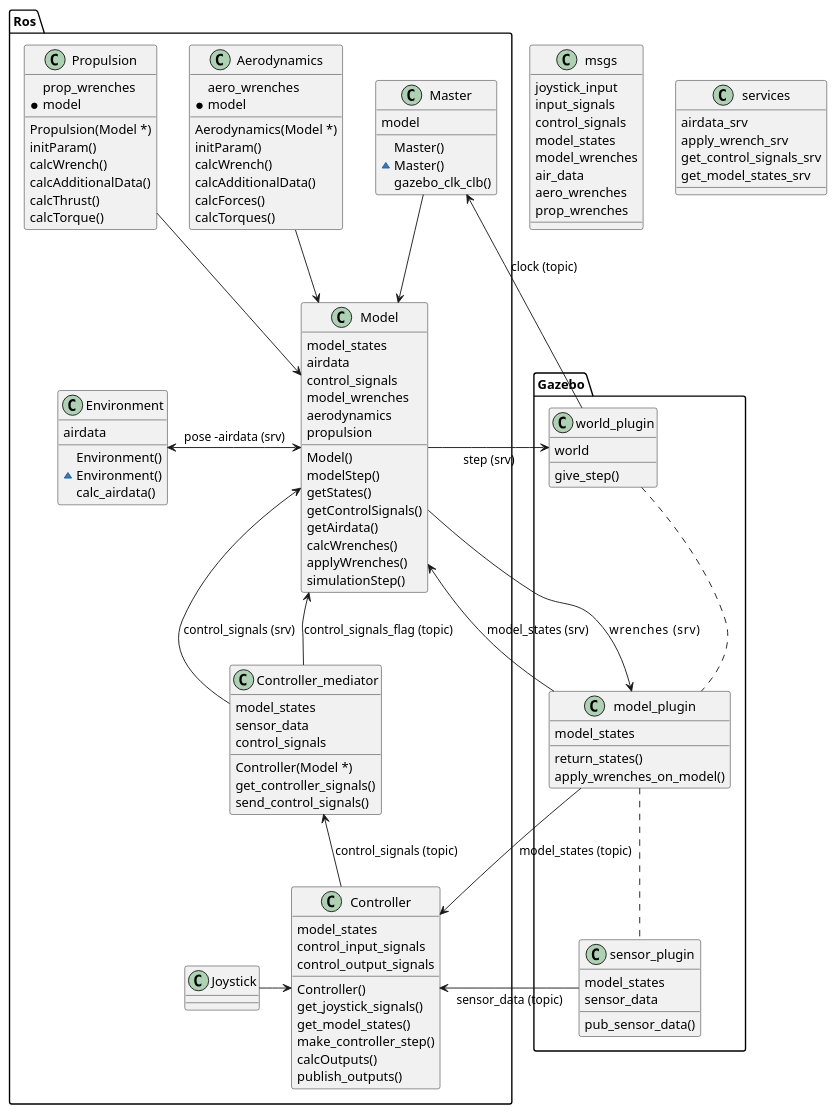
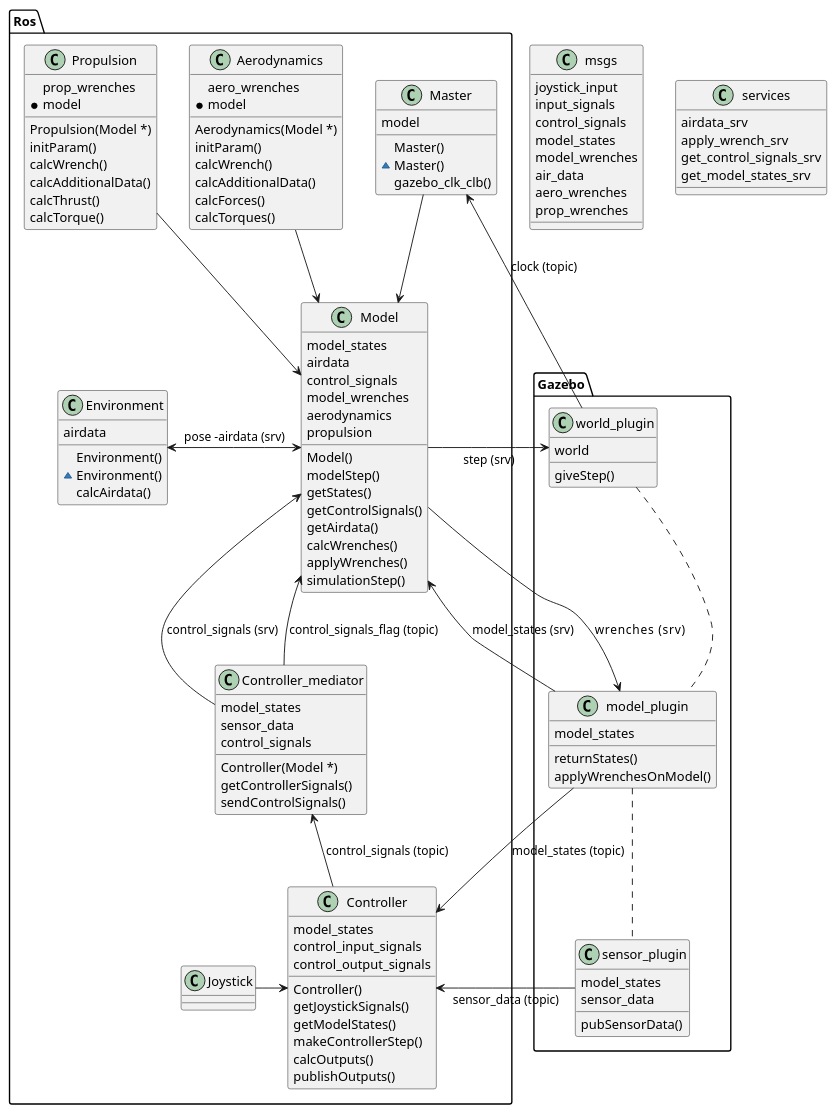
The diagram in uml/last_letter_2_graph.wsd (MiliStefanos/last_letter_2), drawn with PlantUML before and after one commit. The commit also changed 10 other files, not shown here.

```diff
--- a/uml/last_letter_2_graph.wsd
+++ b/uml/last_letter_2_graph.wsd
@@ -1,141 +1,141 @@
 @startuml
 
 class msgs{
         joystick_input
         input_signals
         control_signals
         model_states
         model_wrenches
         air_data
         aero_wrenches
         prop_wrenches
 }
 
 class services{
     airdata_srv
     apply_wrench_srv
     get_control_signals_srv
     get_model_states_srv
 }
     
 namespace Ros{
 
     
     class Master{
         model
         Master()
         ~Master()
         gazebo_clk_clb()
     }
 
     class Model{
         model_states
         airdata
         control_signals
         model_wrenches
         aerodynamics
         propulsion
         Model()
         ' ~Model()
         modelStep()
         getStates()
         getControlSignals()
         getAirdata()
         calcWrenches()
         applyWrenches()
         simulationStep()
     }
 
     class Aerodynamics{
         aero_wrenches
         *model
         Aerodynamics(Model *)
         ' ~Aerodynamics()
         initParam()
         calcWrench()
         calcAdditionalData()
         calcForces()
         calcTorques()
     }
 
     class Propulsion{
         prop_wrenches
         *model
         Propulsion(Model *)
         ' ~Propulsion()
         initParam()
         calcWrench()
         calcAdditionalData()
         calcThrust()
         calcTorque()
     }
 
     class Environment{
         airdata
         Environment()
         ~Environment()
-        calc_airdata()
+        calcAirdata()
     }
     class Controller_mediator{
         model_states
         sensor_data
         control_signals
         Controller(Model *)
         ' ~Controller()
-        get_controller_signals()
-        send_control_signals()
+        getControllerSignals()
+        sendControlSignals()
     }
 
     class Controller{
         model_states
         control_input_signals
         control_output_signals
         Controller() 
-        get_joystick_signals()
-        get_model_states()
-        make_controller_step()
+        getJoystickSignals()
+        getModelStates()
+        makeControllerStep()
         calcOutputs()
-        publish_outputs()
+        publishOutputs()
     }
 }
 
 
 
 namespace Gazebo{
     class world_plugin{
         world
         ' camera_view()
-        give_step()
+        giveStep()
     }
     
     class model_plugin{
         model_states
-        return_states()
-        apply_wrenches_on_model()
+        returnStates()
+        applyWrenchesOnModel()
     }
 
     class sensor_plugin{
         model_states
         sensor_data
-        pub_sensor_data()
+        pubSensorData()
     }
 }
 
 
 Ros.Master --> Ros.Model
 Ros.Controller_mediator --> Ros.Model : control_signals_flag (topic)
 Ros.Propulsion --> Ros.Model
 Ros.Environment <-> Ros.Model : pose -airdata (srv)
 Ros.Aerodynamics --> Ros.Model
 Gazebo.model_plugin <-- Ros.Model : wrenches    (srv)
 Ros.Model <- Gazebo.model_plugin : model_states (srv)
 Ros.Controller <- Gazebo.sensor_plugin :sensor_data (topic)
 Ros.Model -> Gazebo.world_plugin : step (srv)
 Ros.Model <-- Ros.Controller_mediator : control_signals (srv)
 Gazebo.world_plugin --> Ros.Master : clock (topic)
 Ros.Controller_mediator <-- Ros.Controller :control_signals (topic)
 Ros.Controller <- Gazebo.model_plugin :model_states (topic)
 Gazebo.world_plugin .. Gazebo.model_plugin
 Gazebo.model_plugin .. Gazebo.sensor_plugin
 Ros.Joystick -> Ros.Controller
 @enduml
```
